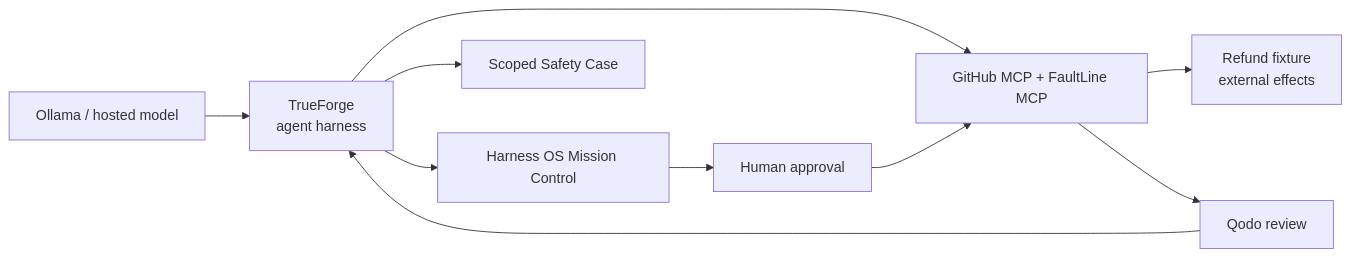
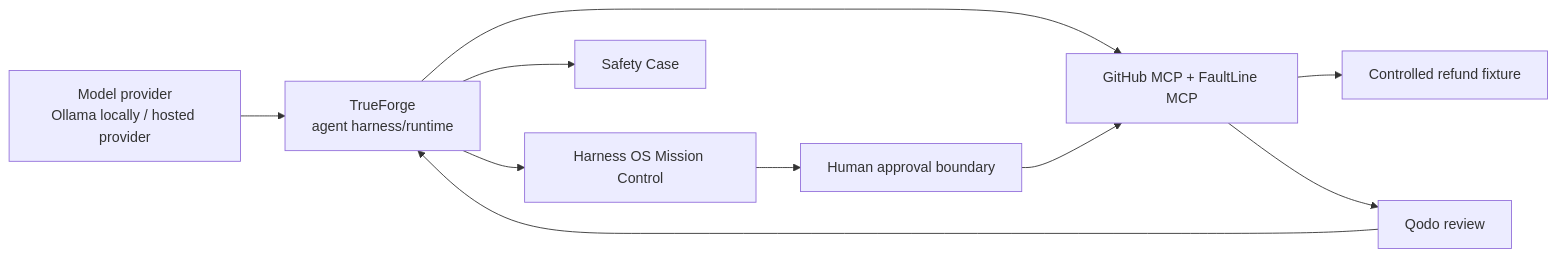
The diagram in README.md (harshapriyag123/harness-os), drawn with Mermaid before and after one commit. The commit also changed other lines of this file, not shown here.

Commit message:
docs: finalize hackathon README with hosted runtime and agent visuals

````diff
--- a/README.md
+++ b/README.md
@@ -49,12 +55,21 @@
 ```mermaid
 flowchart LR
-    LLM[Ollama / hosted model] --> TF[TrueForge\nagent harness]
-    TF --> MCP[GitHub MCP + FaultLine MCP]
-    MCP --> FX[Refund fixture\nexternal effects]
-    TF --> UI[Harness OS Mission Control]
-    UI --> H[Human approval]
-    H --> MCP
-    MCP --> Q[Qodo review]
-    Q --> TF
-    TF --> SC[Scoped Safety Case]
+    MODEL[Model provider\nOllama locally / hosted provider]
+    TF[TrueForge\nagent harness/runtime]
+    MCP[GitHub MCP + FaultLine MCP]
+    FIX[Controlled refund fixture]
+    UI[Harness OS Mission Control]
+    HUMAN[Human approval boundary]
+    QODO[Qodo review]
+    CASE[Safety Case]
+
+    MODEL --> TF
+    TF --> MCP
+    MCP --> FIX
+    TF --> UI
+    UI --> HUMAN
+    HUMAN --> MCP
+    MCP --> QODO
+    QODO --> TF
+    TF --> CASE
 ```
````
